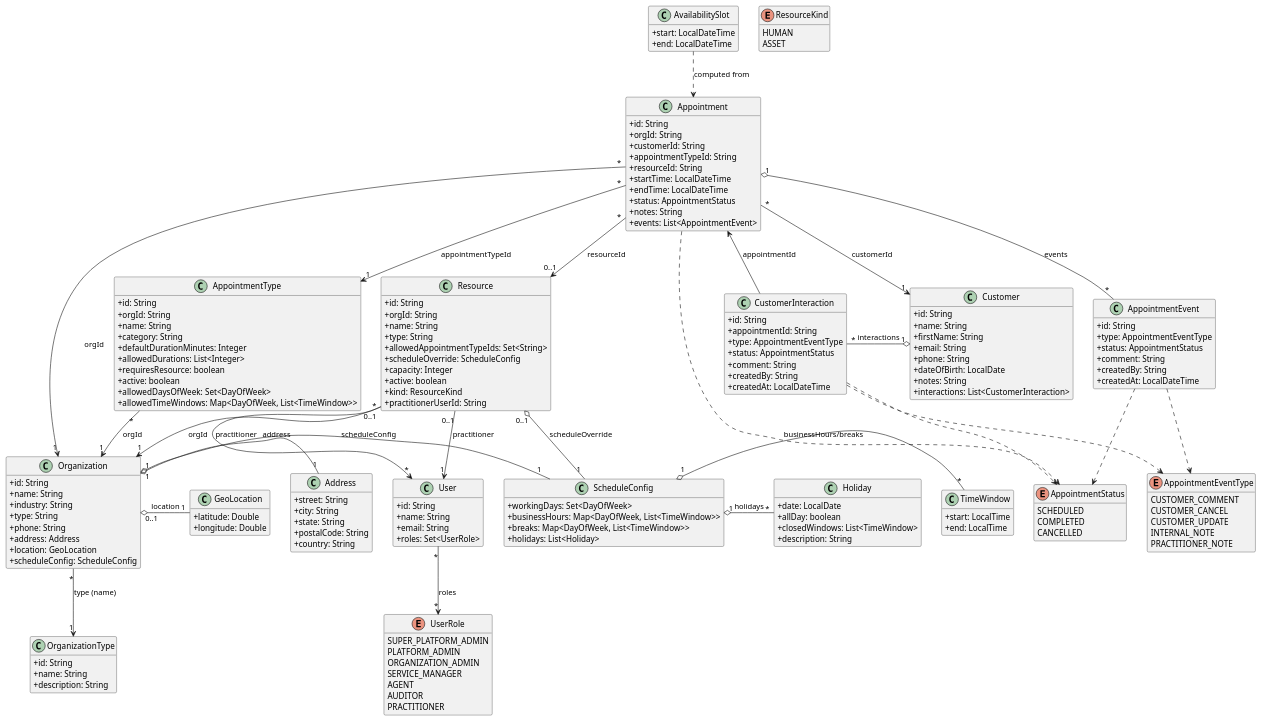
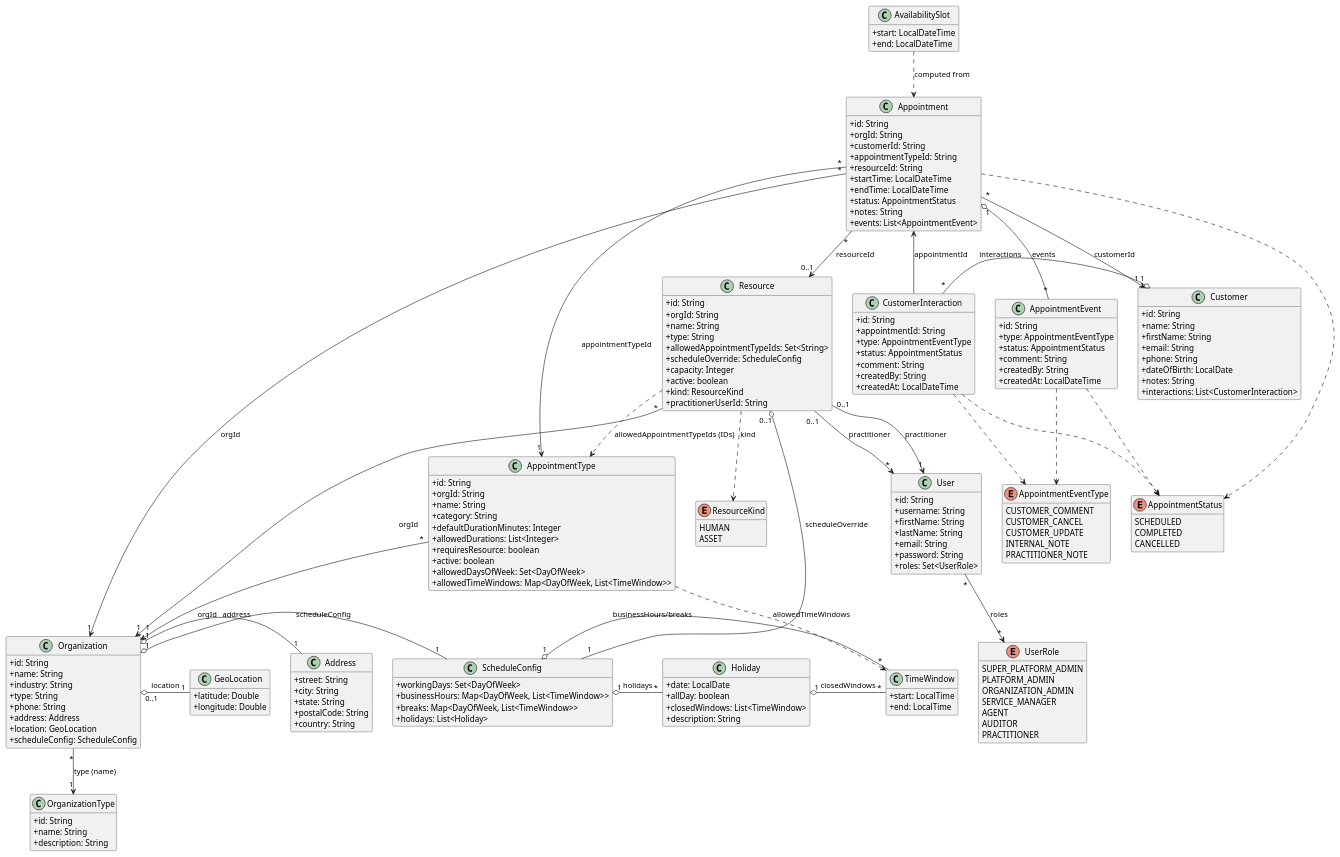
One commit to imotepe/springWebApp changed the diagram in demo/docs/models.puml. Above: the diagram before and after it, drawn with PlantUML. The commit also changed 24 other files, not shown here.

```diff
--- a/demo/docs/models.puml
+++ b/demo/docs/models.puml
@@ -110,8 +110,11 @@
 
 class User {
   +id: String
-  +name: String
+  +username: String
+  +firstName: String
+  +lastName: String
   +email: String
+  +password: String
   +roles: Set<UserRole>
 }
 
@@ -165,6 +168,7 @@
 Resource "0..1" o- "1" ScheduleConfig : scheduleOverride
 ScheduleConfig "1" o- "*" TimeWindow : businessHours/breaks
 ScheduleConfig "1" o- "*" Holiday : holidays
+Holiday "1" o- "*" TimeWindow : closedWindows
 
 Organization "*" --> "1" OrganizationType : type (name)
 Organization "1" o- "1" Address : address
@@ -179,8 +183,11 @@
 AppointmentEvent ..> AppointmentStatus
 
 AppointmentType "*" --> "1" Organization : orgId
+AppointmentType ..> TimeWindow : allowedTimeWindows
 Resource "*" --> "1" Organization : orgId
 Resource "0..1" --> "1" User : practitioner
+Resource ..> AppointmentType : allowedAppointmentTypeIds (IDs)
+Resource ..> ResourceKind : kind
 
 AvailabilitySlot ..> Appointment : computed from
 
```
